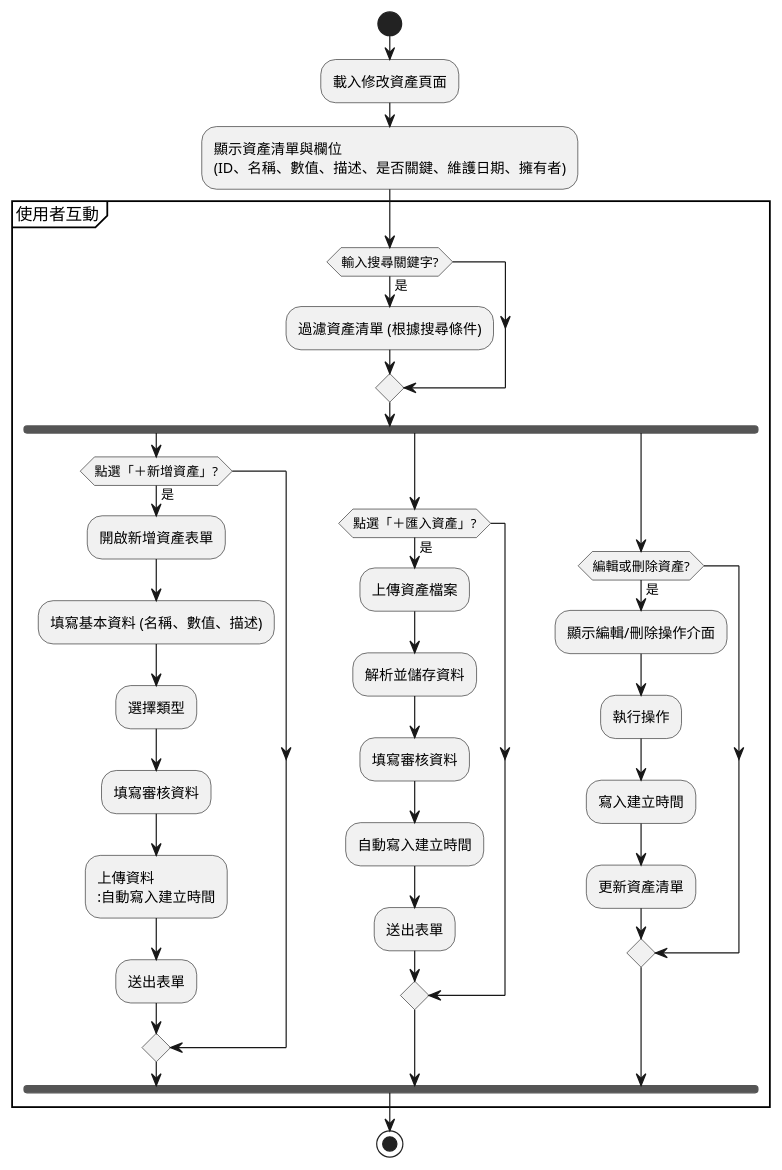
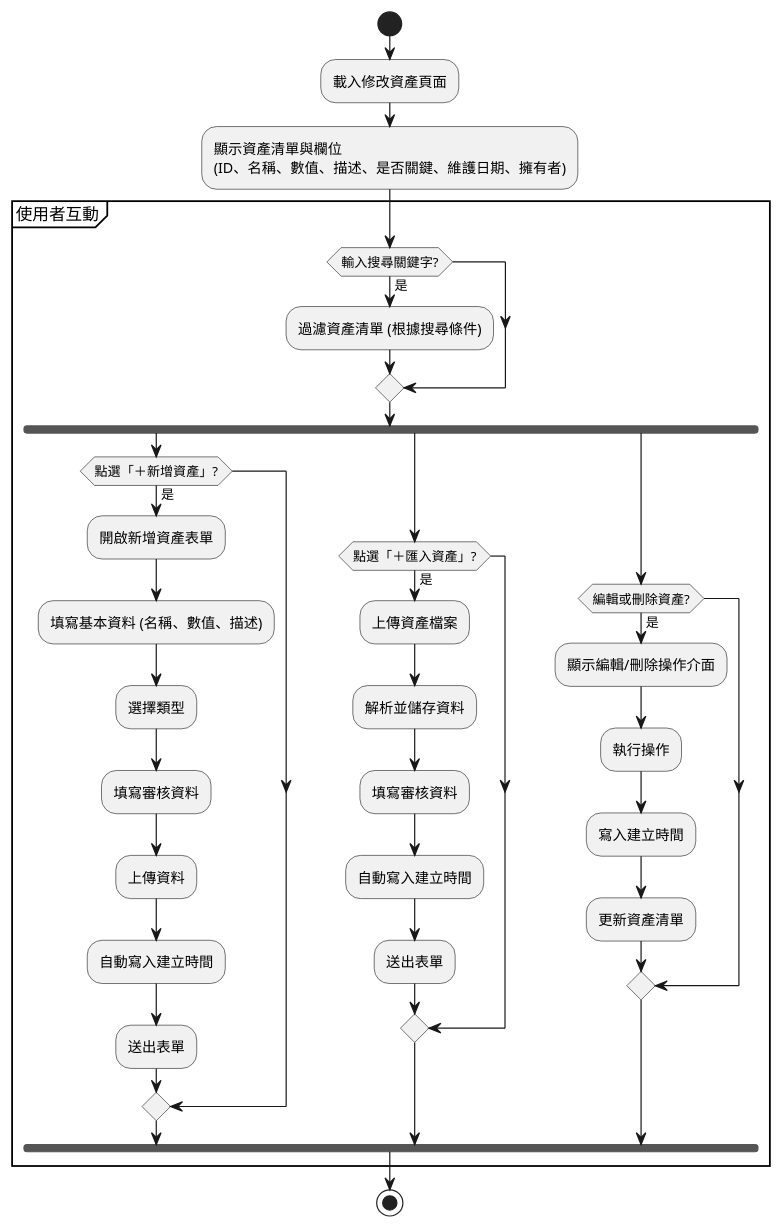
The diagram in plantUML/activity/asset_edit.puml (walle45611/NTUB_SecuManag_Diagram), drawn with PlantUML before and after one commit. The commit also changed 1 other file, not shown here.

```diff
--- a/plantUML/activity/asset_edit.puml
+++ b/plantUML/activity/asset_edit.puml
@@ -1,45 +1,45 @@
 @startuml edit_asset_activity
 
 start
 
 :載入修改資產頁面;
 
 :顯示資產清單與欄位
 (ID、名稱、數值、描述、是否關鍵、維護日期、擁有者);
 
 partition "使用者互動" {
 
     if (輸入搜尋關鍵字?) then (是)
         :過濾資產清單 (根據搜尋條件);
     endif
     fork
         if (點選「＋新增資產」?) then (是)
             :開啟新增資產表單;
             :填寫基本資料 (名稱、數值、描述);
             :選擇類型;
             :填寫審核資料;
-            :上傳資料
+            :上傳資料;
             :自動寫入建立時間;
             :送出表單;
         endif
     fork again
         if (點選「＋匯入資產」?) then (是)
             :上傳資產檔案;
             :解析並儲存資料;
             :填寫審核資料;
             :自動寫入建立時間;
             :送出表單;
         endif
     fork again
         if (編輯或刪除資產?) then (是)
             :顯示編輯/刪除操作介面;
             :執行操作;
             :寫入建立時間;
             :更新資產清單;
         endif
     end fork
 }
 
 stop
 
 @enduml
```
